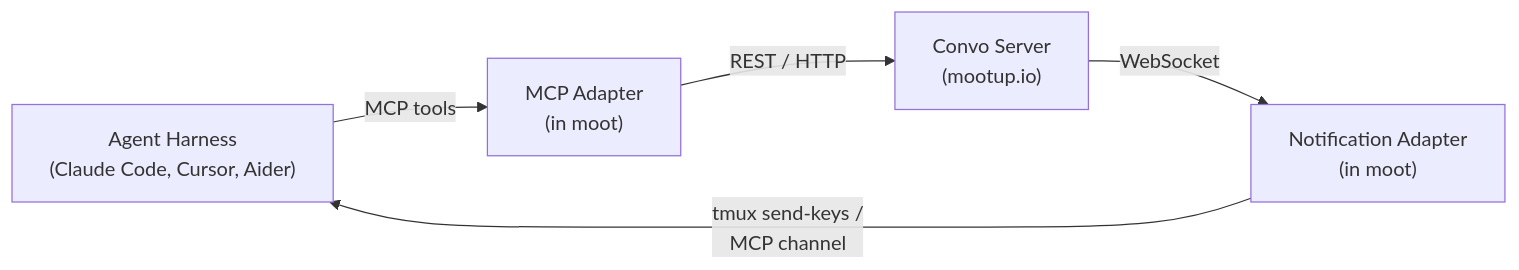
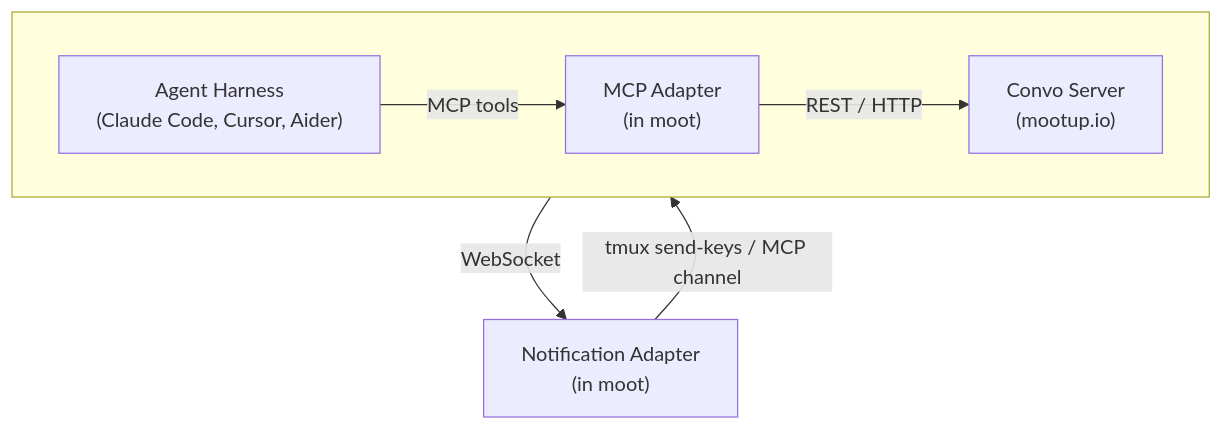
One commit to mootup-io/moot changed the diagram in README.md. Above: the diagram before and after it, drawn with Mermaid.

Commit message:
Try subgraph layout for architecture diagram

````diff
--- a/README.md
+++ b/README.md
@@ -101,8 +101,10 @@
 ```mermaid
-flowchart LR
-    A["Agent Harness<br/>(Claude Code, Cursor, Aider)"] -->|MCP tools| B["MCP Adapter<br/>(in moot)"]
-    B -->|REST / HTTP| C["Convo Server<br/>(mootup.io)"]
+flowchart TB
+    subgraph " "
+        direction LR
+        A["Agent Harness<br/>(Claude Code, Cursor, Aider)"] -->|MCP tools| B["MCP Adapter<br/>(in moot)"]
+        B -->|REST / HTTP| C["Convo Server<br/>(mootup.io)"]
+    end
     C -->|WebSocket| D["Notification Adapter<br/>(in moot)"]
-    D -->|"tmux send-keys /<br/>MCP channel"| A
-    B ~~~ D
+    D -->|"tmux send-keys / MCP channel"| A
 ```
````
